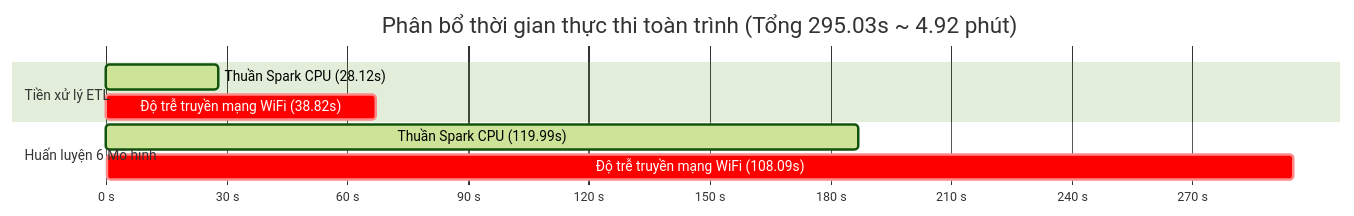
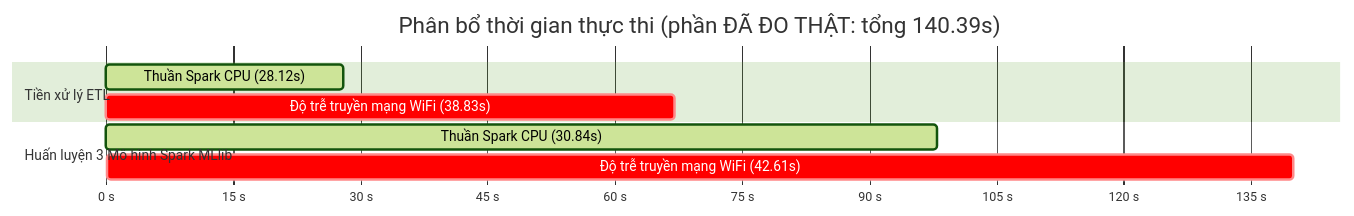
Before and after one commit to Okeydokey8525/BigData: the diagram in doc/19_BAO_CAO_THUC_NGHIEM_END_TO_END_6_MO_HINH_SPARK_CLUSTER_3_LAPTOP.md, drawn with Mermaid (forest theme). The commit also changed other lines of this file and 54 other files, not shown here.

````diff
--- a/doc/19_BAO_CAO_THUC_NGHIEM_END_TO_END_6_MO_HINH_SPARK_CLUSTER_3_LAPTOP.md
+++ b/doc/19_BAO_CAO_THUC_NGHIEM_END_TO_END_6_MO_HINH_SPARK_CLUSTER_3_LAPTOP.md
@@ -44,12 +54,12 @@
 ```mermaid
 gantt
-    title Phân bổ thời gian thực thi toàn trình (Tổng 295.03s ~ 4.92 phút)
+    title Phân bổ thời gian thực thi (phần ĐÃ ĐO THẬT: tổng 140.39s)
     dateFormat X
     axisFormat %s s
     section Tiền xử lý ETL
     Thuần Spark CPU (28.12s)        :active, 0, 28
-    Độ trễ truyền mạng WiFi (38.82s) :crit, 28, 67
-    section Huấn luyện 6 Mô hình
-    Thuần Spark CPU (119.99s)       :active, 67, 187
-    Độ trễ truyền mạng WiFi (108.09s):crit, 187, 295
+    Độ trễ truyền mạng WiFi (38.83s):crit, 28, 67
+    section Huấn luyện 3 Mô hình Spark MLlib
+    Thuần Spark CPU (30.84s)        :active, 67, 98
+    Độ trễ truyền mạng WiFi (42.61s):crit, 98, 140
 ```
````
